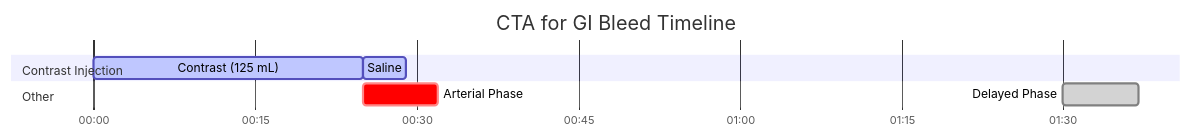
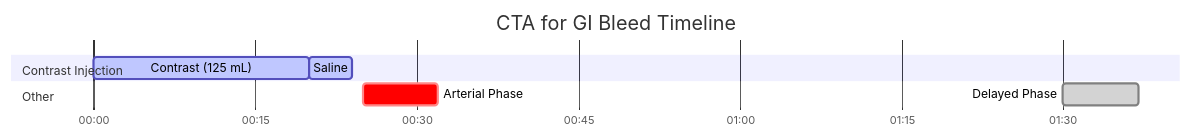
The diagram in docs/ct/vascular/cta-for-gi-bleed.md (dfergs93/radiology-protocols), drawn with Mermaid before and after one commit. The commit also changed other lines of this file and 26 other files, not shown here.

````diff
--- a/docs/ct/vascular/cta-for-gi-bleed.md
+++ b/docs/ct/vascular/cta-for-gi-bleed.md
@@ -87,19 +88,19 @@
   ```mermaid
   ---
   displayMode: compact
   config:
     theme: default
     themeCSS: " #Saline{ fill: #4ed5ff; stroke: #2094f3; } "
   ---
     gantt
       title CTA for GI Bleed Timeline
       dateFormat mm:ss
       axisFormat %M:%S 
       
       section Contrast Injection
-      Contrast (125 mL)    :active, contrast, 00:00, 25s
+      Contrast (125 mL)    :active, contrast, 00:00, 20s
       Saline          :active, saline, after contrast, 4s
       section Other
       Arterial Phase    :crit, scan1, 00:25, 7s
       Delayed Phase    :done, scan3, 01:30, 7s
   ```
````
